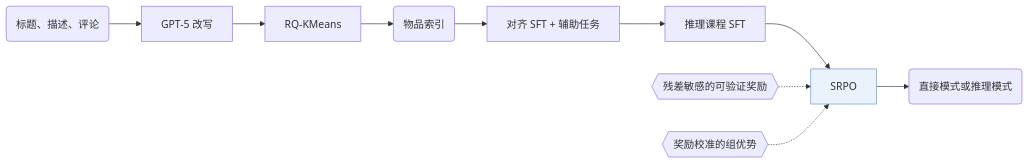
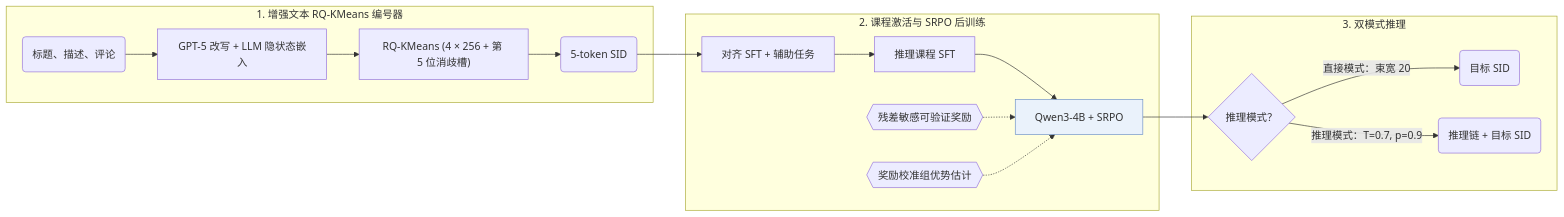
The first of 2 diagrams in notes/zh/gream.md (Galaxy-ghost/Awesome-SID-Generative-Rec), drawn with Mermaid before and after one commit. The commit also changed other lines of this file and 649 other files, not shown here.

Commit message:
writer-05: also tags and modality index (schema, check, build, visuals); summary field removed; calibration data for 12 papers

````diff
--- a/notes/zh/gream.md
+++ b/notes/zh/gream.md
@@ -13,13 +14,21 @@
 ```mermaid
 flowchart LR
-    A("标题、描述、评论") --> B["GPT-5 改写"]
-    B --> C["RQ-KMeans"]
-    C --> D("物品索引")
-    D --> E["对齐 SFT + 辅助任务"]
-    E --> F["推理课程 SFT"]
-    F --> G["SRPO"]:::key
-    L1{{"残差敏感的可验证奖励"}} -.-> G
-    L2{{"奖励校准的组优势"}} -.-> G
-    G --> H("直接模式或推理模式")
+    subgraph Tok["1. 增强文本 RQ-KMeans 编号器"]
+        A("标题、描述、评论") --> B["GPT-5 改写 + LLM 隐状态嵌入"]
+        B --> C["RQ-KMeans (4 × 256 + 第 5 位消歧槽)"]
+        C --> D("5-token SID")
+    end
+    subgraph Train["2. 课程激活与 SRPO 后训练"]
+        D --> E["对齐 SFT + 辅助任务"]
+        E --> F["推理课程 SFT"]
+        F --> G["Qwen3-4B + SRPO"]:::key
+        L1{{"残差敏感可验证奖励"}} -.-> G
+        L2{{"奖励校准组优势估计"}} -.-> G
+    end
+    subgraph Inf["3. 双模式推理"]
+        G --> M{"推理模式？"}
+        M -->|直接模式：束宽 20| H("目标 SID")
+        M -->|推理模式：T=0.7, p=0.9| I("推理链 + 目标 SID")
+    end
     classDef key fill:#eaf2fb,stroke:#6b8fc7
 ```
````
